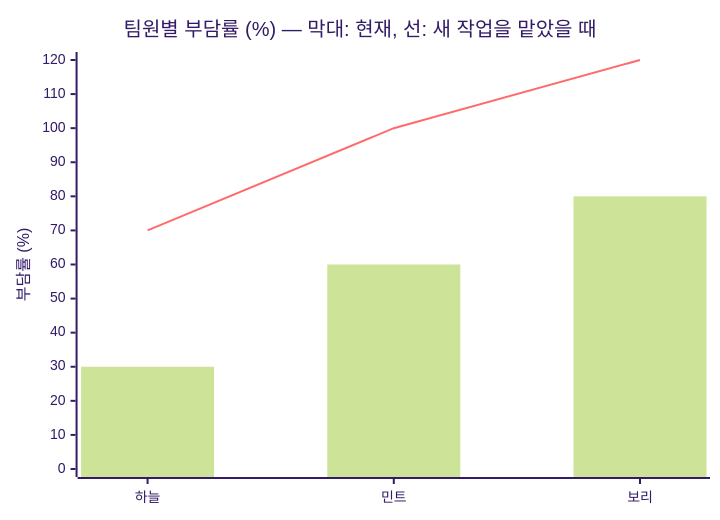
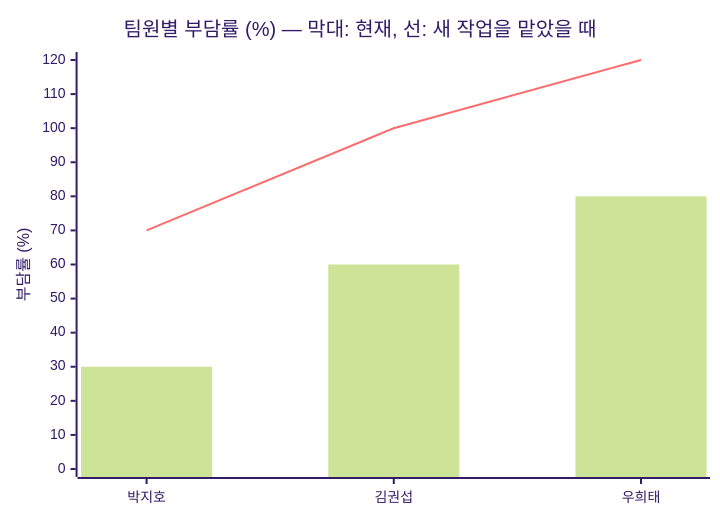
One commit to Heetaeeee/3oss changed the second of 3 diagrams in README.md. Above: the diagram before and after it, drawn with Mermaid (forest theme). The commit also changed other lines of this file, not shown here.

````diff
--- a/README.md
+++ b/README.md
@@ -47,8 +47,8 @@
 ```mermaid
 xychart-beta
     title "팀원별 부담률 (%) — 막대: 현재, 선: 새 작업을 맡았을 때"
-    x-axis ["하늘", "민트", "보리"]
+    x-axis ["박지호", "김권섭", "우희태"]
     y-axis "부담률 (%)" 0 --> 120
     bar [30, 60, 80]
     line [70, 100, 120]
 ```
````
